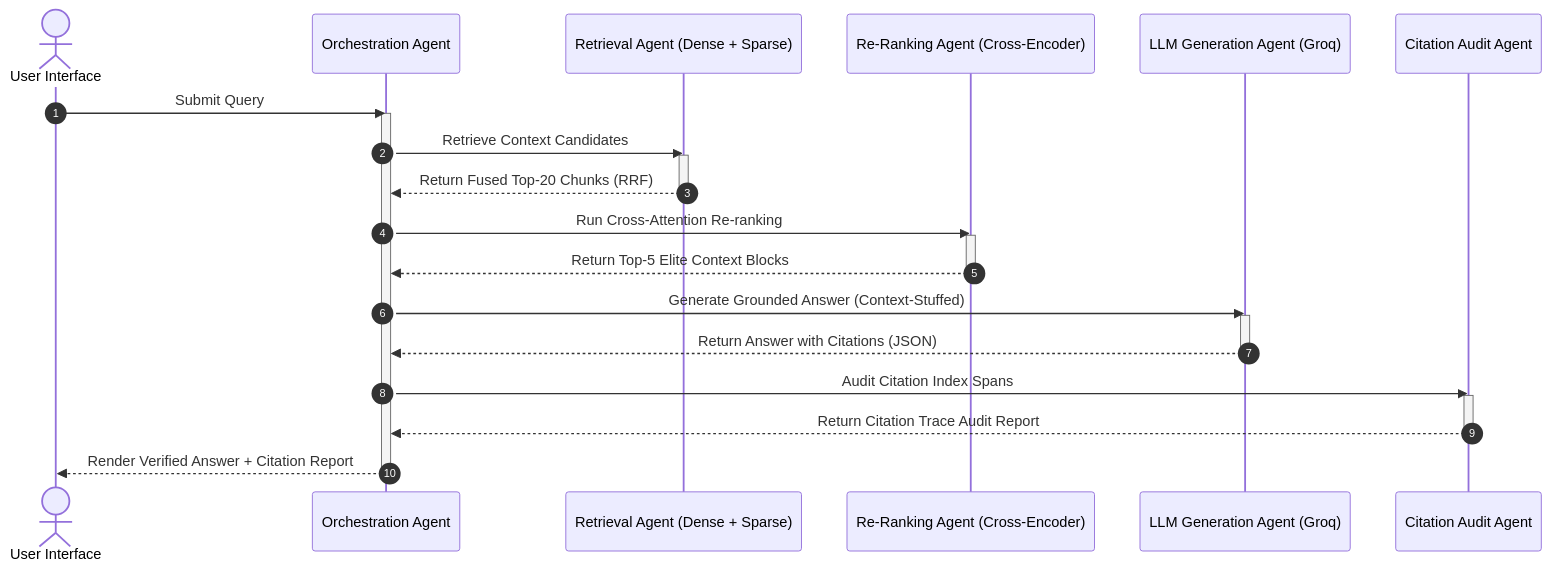
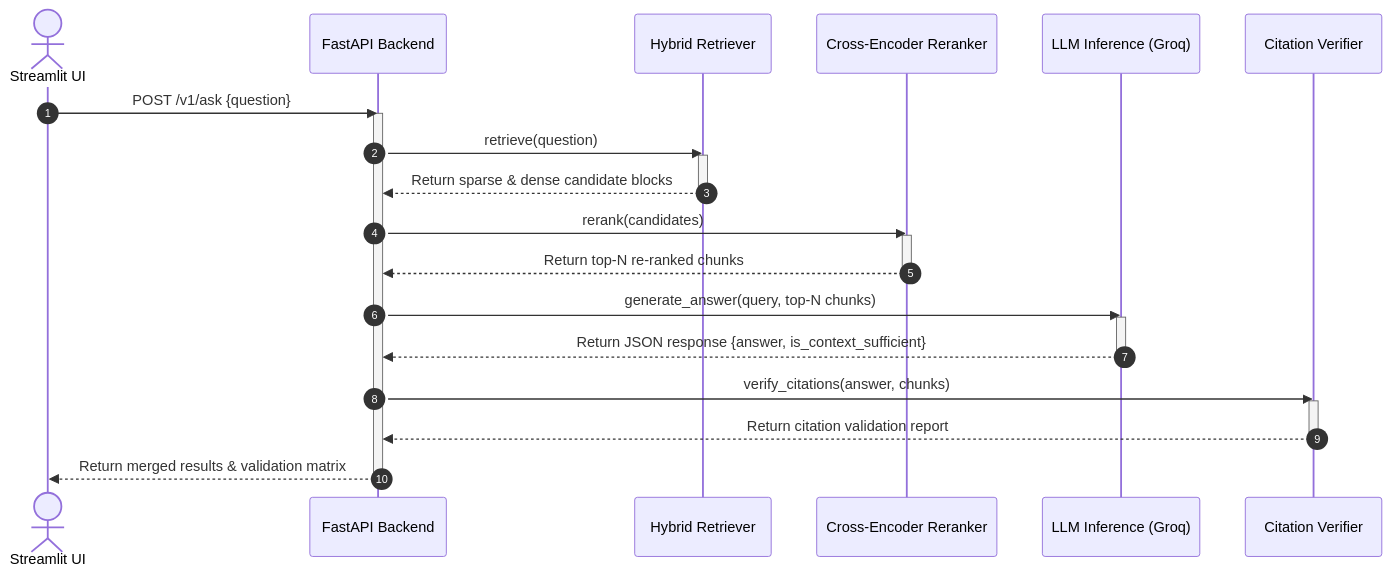
One commit to suraj-78/RAG-Pipeline-with-Hybrid-Search-Over-Internal-Docs changed the second of 4 diagrams in README.md. Above: the diagram before and after it, drawn with Mermaid. The commit also changed other lines of this file and 18 other files, not shown here.

````diff
--- a/README.md
+++ b/README.md
@@ -59,35 +63,35 @@
 ```mermaid
 sequenceDiagram
     autonumber
-    actor User as User Interface
-    participant Orch as Orchestration Agent
-    participant Retrieval as Retrieval Agent (Dense + Sparse)
-    participant ReRank as Re-Ranking Agent (Cross-Encoder)
-    participant Gen as LLM Generation Agent (Groq)
-    participant Auditor as Citation Audit Agent
+    actor UI as Streamlit UI
+    participant API as FastAPI Backend
+    participant Hybrid as Hybrid Retriever
+    participant Rerank as Cross-Encoder Reranker
+    participant LLM as LLM Inference (Groq)
+    participant Verifier as Citation Verifier
     
-    User->>Orch: Submit Query
-    activate Orch
-    Orch->>Retrieval: Retrieve Context Candidates
-    activate Retrieval
-    Retrieval-->>Orch: Return Fused Top-20 Chunks (RRF)
-    deactivate Retrieval
+    UI->>API: POST /v1/ask {question}
+    activate API
+    API->>Hybrid: retrieve(question)
+    activate Hybrid
+    Hybrid-->>API: Return sparse & dense candidate blocks
+    deactivate Hybrid
     
-    Orch->>ReRank: Run Cross-Attention Re-ranking
-    activate ReRank
-    ReRank-->>Orch: Return Top-5 Elite Context Blocks
-    deactivate ReRank
+    API->>Rerank: rerank(candidates)
+    activate Rerank
+    Rerank-->>API: Return top-N re-ranked chunks
+    deactivate Rerank
     
-    Orch->>Gen: Generate Grounded Answer (Context-Stuffed)
-    activate Gen
-    Gen-->>Orch: Return Answer with Citations (JSON)
-    deactivate Gen
+    API->>LLM: generate_answer(query, top-N chunks)
+    activate LLM
+    LLM-->>API: Return JSON response {answer, is_context_sufficient}
+    deactivate LLM
     
-    Orch->>Auditor: Audit Citation Index Spans
-    activate Auditor
-    Auditor-->>Orch: Return Citation Trace Audit Report
-    deactivate Auditor
+    API->>Verifier: verify_citations(answer, chunks)
+    activate Verifier
+    Verifier-->>API: Return citation validation report
+    deactivate Verifier
     
-    Orch-->>User: Render Verified Answer + Citation Report
-    deactivate Orch
+    API-->>UI: Return merged results & validation matrix
+    deactivate API
 ```
````
